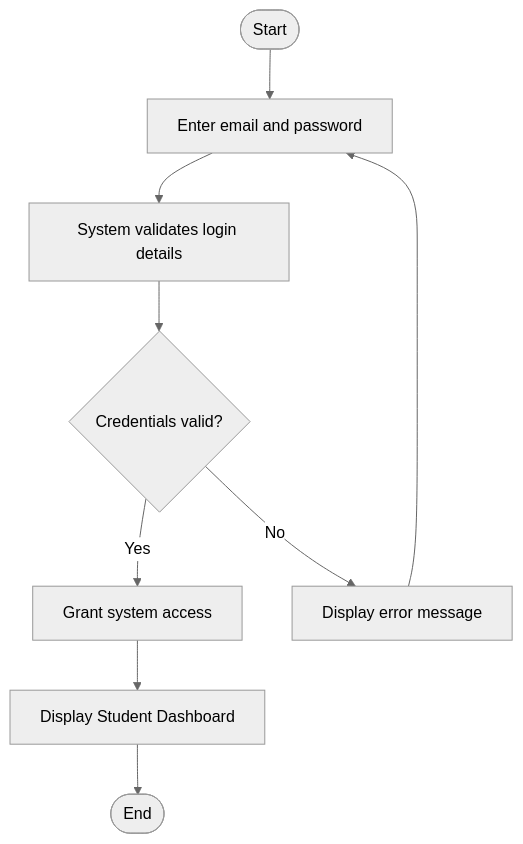
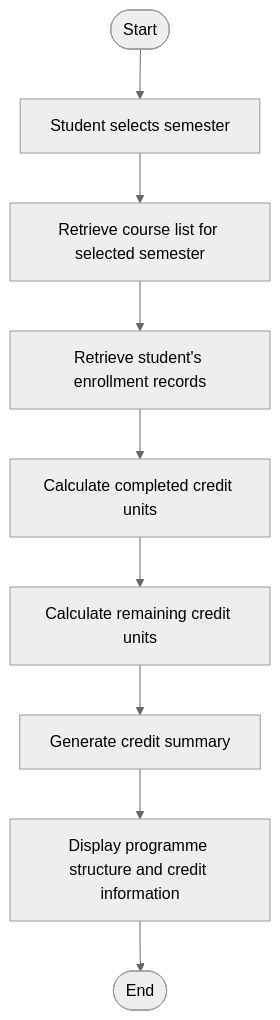
Before and after one commit to Lifantastic-O/iodraw-files: the diagram in all/未命名-5.md, drawn with Mermaid (neutral theme).

Commit message:
2026-01-14 18:16:59 update

````diff
--- a/all/未命名-5.md
+++ b/all/未命名-5.md
@@ -1,12 +1,12 @@
 ```mermaid
 flowchart TD
-    A([Start]) --> B[Enter email and password]
-    B --> C[System validates login details]
-    C --> D{Credentials valid?}
-    D -- Yes --> E[Grant system access]
-    E --> F[Display Student Dashboard]
-    F --> G([End])
-    D -- No --> H[Display error message]
-    H --> B
+    A([Start]) --> B[Student selects semester]
+    B --> C[Retrieve course list for selected semester]
+    C --> D[Retrieve student's enrollment records]
+    D --> E[Calculate completed credit units]
+    E --> F[Calculate remaining credit units]
+    F --> G[Generate credit summary]
+    G --> H[Display programme structure and credit information]
+    H --> I([End])
 
 ```
````
